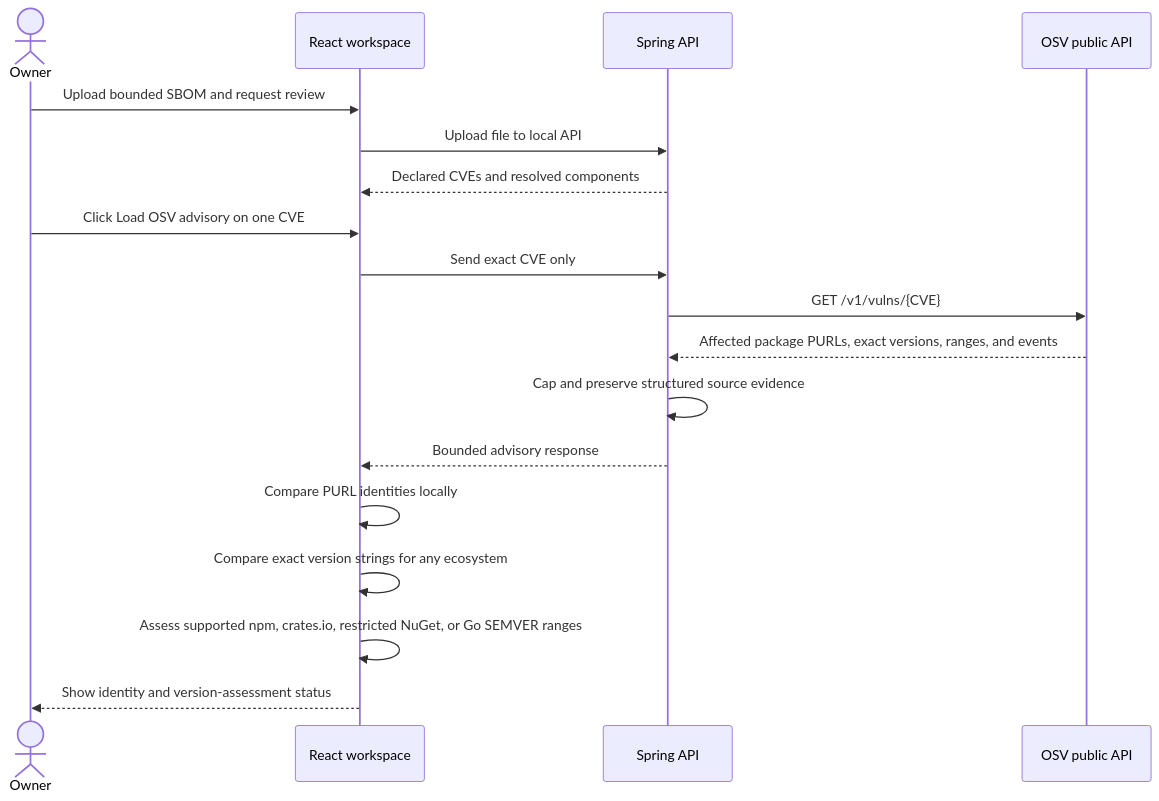
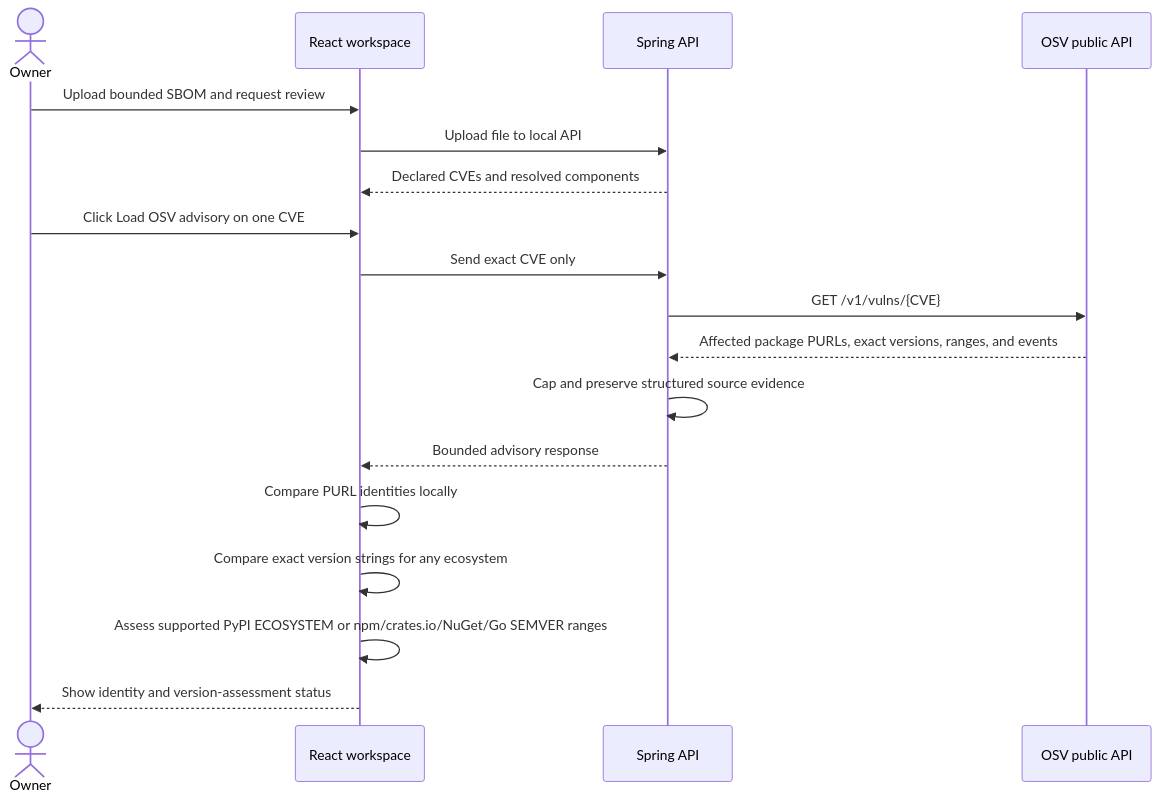
Before and after one commit to kavinash0310/aura-ai: the diagram in docs/05-backend/SBOM-ADVISORY-CORRELATION.md, drawn with Mermaid. The commit also changed other lines of this file and 23 other files, not shown here.

````diff
--- a/docs/05-backend/SBOM-ADVISORY-CORRELATION.md
+++ b/docs/05-backend/SBOM-ADVISORY-CORRELATION.md
@@ -9,21 +9,21 @@
 ```mermaid
 sequenceDiagram
     actor Owner
     participant UI as React workspace
     participant API as Spring API
     participant OSV as OSV public API
 
     Owner->>UI: Upload bounded SBOM and request review
     UI->>API: Upload file to local API
     API-->>UI: Declared CVEs and resolved components
     Owner->>UI: Click Load OSV advisory on one CVE
     UI->>API: Send exact CVE only
     API->>OSV: GET /v1/vulns/{CVE}
     OSV-->>API: Affected package PURLs, exact versions, ranges, and events
     API->>API: Cap and preserve structured source evidence
     API-->>UI: Bounded advisory response
     UI->>UI: Compare PURL identities locally
     UI->>UI: Compare exact version strings for any ecosystem
-    UI->>UI: Assess supported npm, crates.io, restricted NuGet, or Go SEMVER ranges
+    UI->>UI: Assess supported PyPI ECOSYSTEM or npm/crates.io/NuGet/Go SEMVER ranges
     UI-->>Owner: Show identity and version-assessment status
 ```
````
